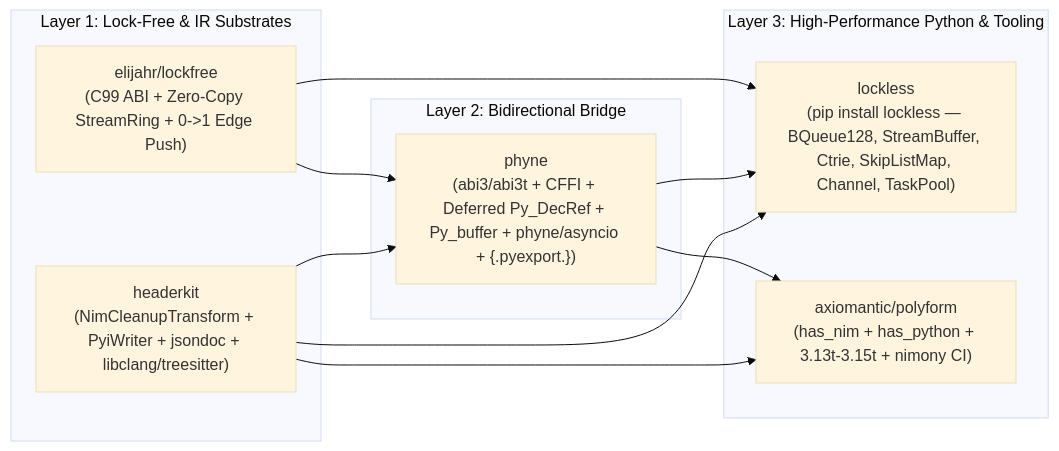
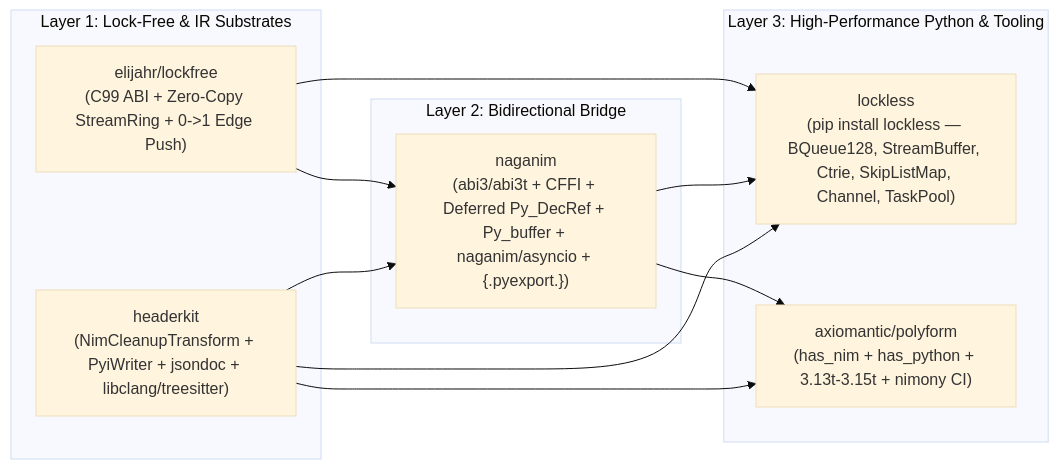
The first of 2 diagrams in design.md (elijahr/naganim), drawn with Mermaid (base theme) before and after one commit. The commit also changed other lines of this file and 35 other files, not shown here.

Commit message:
feat: rename phyne package and namespace to naganim across repository

````diff
--- a/design.md
+++ b/design.md
@@ -14,24 +14,24 @@
 ```mermaid
 flowchart LR
     subgraph UpstreamCABI["Layer 1: Lock-Free & IR Substrates"]
         LF["elijahr/lockfree\n(C99 ABI + Zero-Copy StreamRing + 0->1 Edge Push)"]
         HK["headerkit\n(NimCleanupTransform + PyiWriter + jsondoc + libclang/treesitter)"]
     end
 
     subgraph BridgeLayer["Layer 2: Bidirectional Bridge"]
-        PH["phyne\n(abi3/abi3t + CFFI + Deferred Py_DecRef + Py_buffer + phyne/asyncio + {.pyexport.})"]
+        PH["naganim\n(abi3/abi3t + CFFI + Deferred Py_DecRef + Py_buffer + naganim/asyncio + {.pyexport.})"]
     end
 
     subgraph ConsumerLayer["Layer 3: High-Performance Python & Tooling"]
         LL["lockless\n(pip install lockless — BQueue128, StreamBuffer, Ctrie, SkipListMap, Channel, TaskPool)"]
         PF["axiomantic/polyform\n(has_nim + has_python + 3.13t-3.15t + nimony CI)"]
     end
 
     LF --> PH
     HK --> PH
     LF --> LL
     PH --> LL
     HK --> LL
     PH --> PF
     HK --> PF
 ```
````
